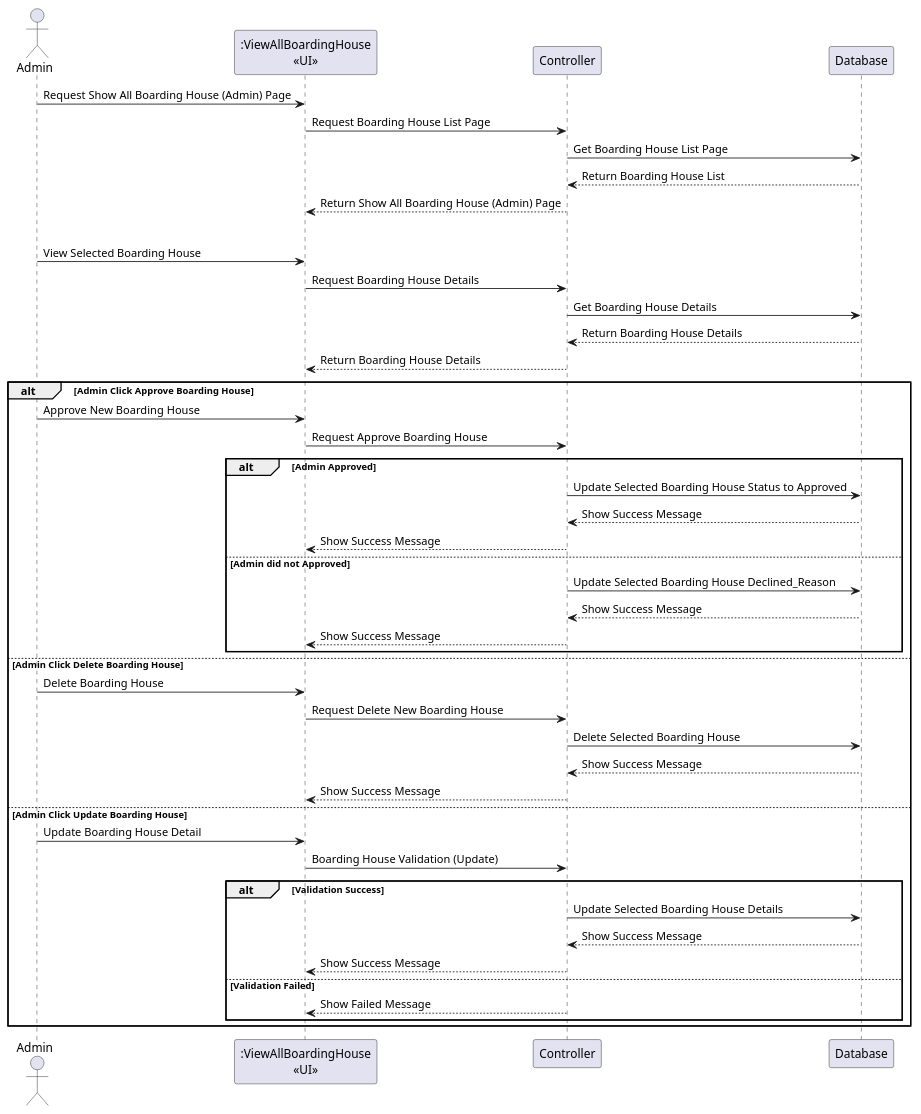
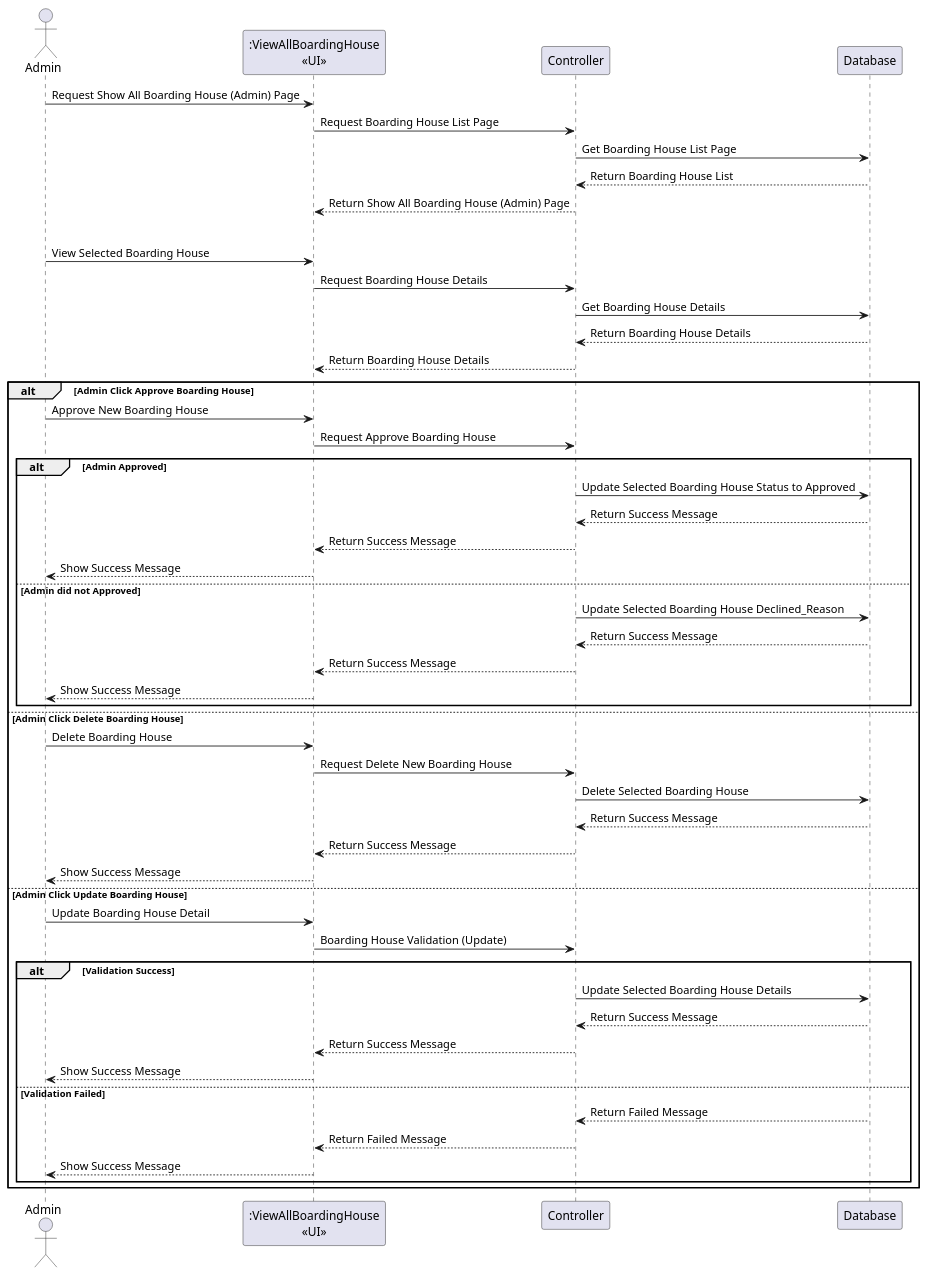
The diagram in Design/BHFMS_SEQUENCE/Boarding House (Admin).puml (AntWort21/BHFMS), drawn with PlantUML before and after one commit. The commit also changed 4 other files, not shown here.

```diff
--- a/Design/BHFMS_SEQUENCE/Boarding House (Admin).puml
+++ b/Design/BHFMS_SEQUENCE/Boarding House (Admin).puml
@@ -1,49 +1,55 @@
 @startuml
 actor Admin as own
 participant ":ViewAllBoardingHouse\n<<UI>>" as view
 participant Controller as ctrl
 participant Database as db
 
 own -> view : Request Show All Boarding House (Admin) Page
 view -> ctrl : Request Boarding House List Page
 ctrl -> db : Get Boarding House List Page
 ctrl <-- db : Return Boarding House List
 view <-- ctrl : Return Show All Boarding House (Admin) Page 
 
 alt Admin View Specific Boarding House
 own -> view : View Selected Boarding House
 view -> ctrl : Request Boarding House Details
 ctrl -> db : Get Boarding House Details
 ctrl <-- db : Return Boarding House Details
 view <-- ctrl : Return Boarding House Details
     alt Admin Click Approve Boarding House
     own->view : Approve New Boarding House
     view->ctrl : Request Approve Boarding House
         alt Admin Approved
         ctrl->db : Update Selected Boarding House Status to Approved
-        db-->ctrl: Show Success Message
-        ctrl-->view: Show Success Message
+        db-->ctrl: Return Success Message
+        ctrl-->view: Return Success Message
+        view-->own: Show Success Message
         else Admin did not Approved
         ctrl->db : Update Selected Boarding House Declined_Reason
-        db-->ctrl: Show Success Message
-        ctrl-->view: Show Success Message
+        db-->ctrl: Return Success Message
+        ctrl-->view: Return Success Message
+        view-->own: Show Success Message
         end
     else Admin Click Delete Boarding House
     own->view : Delete Boarding House
     view->ctrl : Request Delete New Boarding House
     ctrl->db : Delete Selected Boarding House
-    db-->ctrl: Show Success Message
-    ctrl-->view: Show Success Message
+    db-->ctrl: Return Success Message
+    ctrl-->view: Return Success Message
+    view-->own: Show Success Message
     else Admin Click Update Boarding House
     own->view : Update Boarding House Detail
     view->ctrl : Boarding House Validation (Update)
         alt Validation Success
         ctrl->db : Update Selected Boarding House Details
-        db-->ctrl: Show Success Message
-        ctrl-->view: Show Success Message
+        db-->ctrl: Return Success Message
+        ctrl-->view: Return Success Message
+        view-->own: Show Success Message
         else Validation Failed
-        ctrl-->view: Show Failed Message
+        db-->ctrl: Return Failed Message
+        ctrl-->view: Return Failed Message
+        view-->own: Show Success Message
         end
 end
 
 @enduml
```
